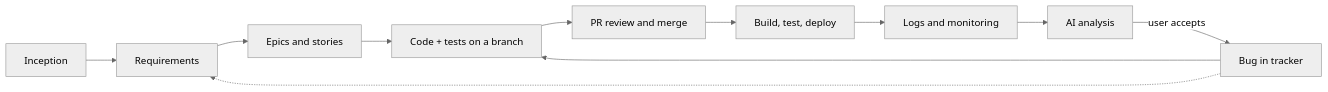
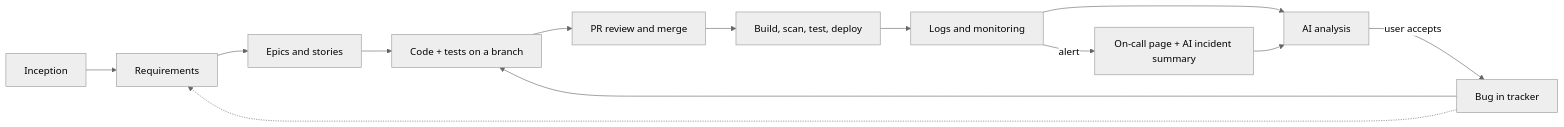
One commit to bumbapartha/UnityStack changed the first of 2 diagrams in Requirements.md. Above: the diagram before and after it, drawn with Mermaid (neutral theme). The commit also changed other lines of this file and 2 other files, not shown here.

First line of the commit message:
Record tool and architecture decisions (PRD v2.1, plan v1.1)

````diff
--- a/Requirements.md
+++ b/Requirements.md
@@ -117,13 +134,15 @@
 ```mermaid
 flowchart LR
   I[Inception] --> R[Requirements]
   R --> P[Epics and stories]
   P --> D[Code + tests on a branch]
   D --> PR[PR review and merge]
-  PR --> CI[Build, test, deploy]
+  PR --> CI[Build, scan, test, deploy]
   CI --> O[Logs and monitoring]
   O --> A[AI analysis]
+  O -->|alert| AL[On-call page + AI incident summary]
+  AL --> A
   A -->|user accepts| B[Bug in tracker]
   B --> D
   B -.-> R
 ```
````
